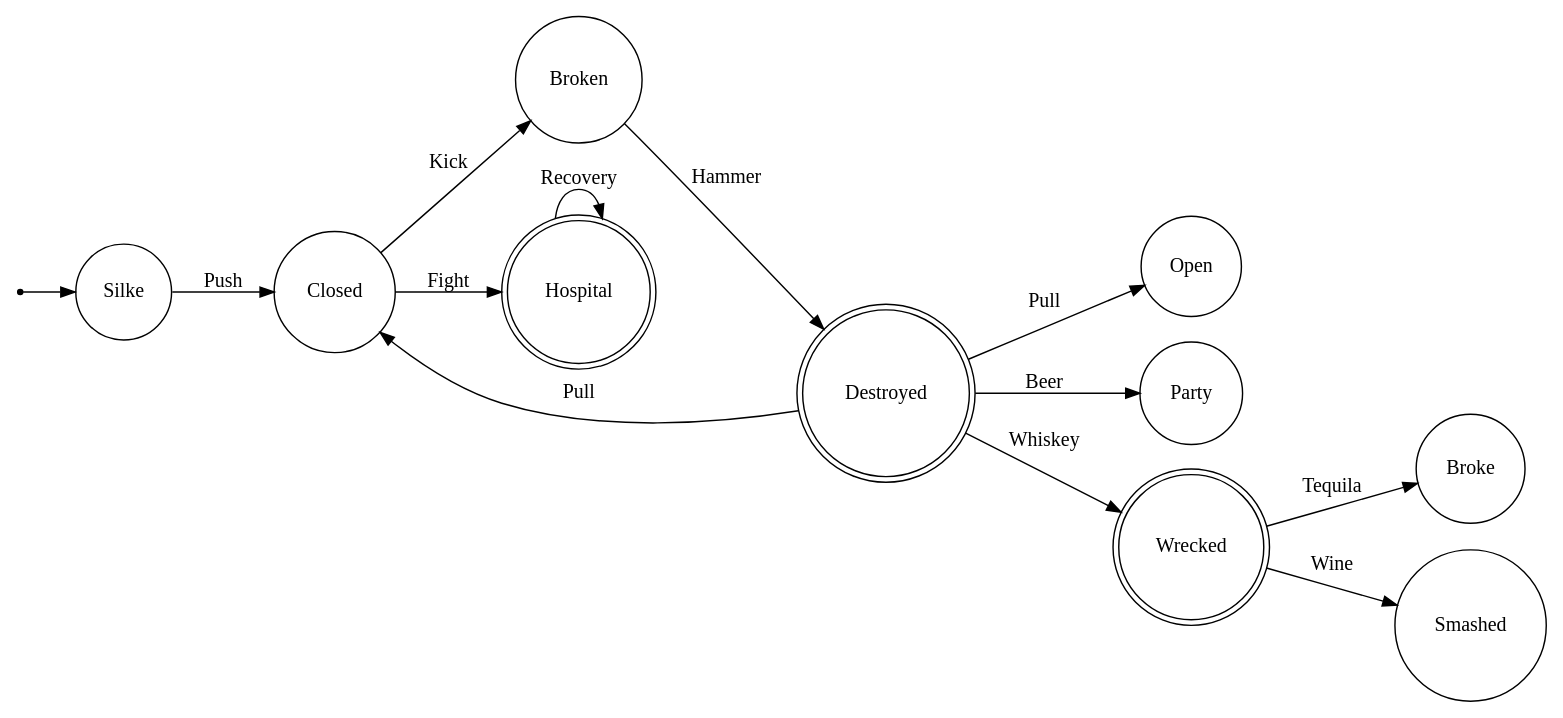
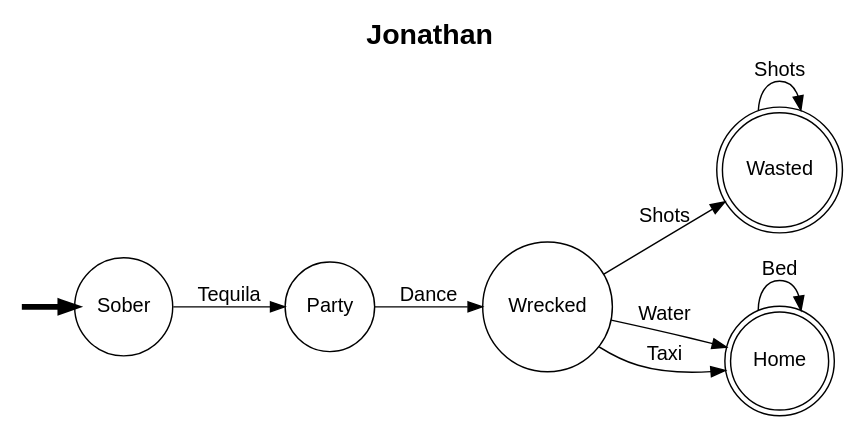
One commit to P4-Group2-Compiler/P4-State-Lang changed the diagram in bin/graph.gv. Above: the diagram before and after it, drawn with Graphviz. The commit also changed 2 other files, not shown here.

Commit message:
Made small adiitions in the Dotsyntax, including setting everything to Arial font.

```diff
--- a/bin/graph.gv
+++ b/bin/graph.gv
@@ -1,1 +1,8 @@
-digraph M { rankdir = LR; node [shape = circle;]; null [shape = point;];Silke -> Closed [label="Push"];Closed -> Broken [label="Kick"];Closed -> Hospital [label="Fight"];Broken -> Destroyed [label="Hammer"];Destroyed -> Open [label="Pull"];Destroyed -> Closed [label="Pull"];Destroyed -> Party [label="Beer"];Destroyed -> Wrecked [label="Whiskey"];Hospital -> Hospital [label="Recovery"];Wrecked -> Broke [label="Tequila"];Wrecked -> Smashed [label="Wine"];null -> Silke;Wrecked [shape = doublecircle;];Hospital [shape = doublecircle;];Destroyed [shape = doublecircle;];}
+digraph Jonathan { labelloc= t;
+   label=<<B>Jonathan</B>>; 
+   rankdir = LR; 
+   fontname="Arial";
+   fontsize=20;
+   node [shape = circle; fontname="Arial"];
+   edge [fontname="Arial";];
+   null [shape = point; style=invis;];Sober -> Party [label="Tequila"];Party -> Wrecked [label="Dance"];Wrecked -> Wasted [label="Shots"];Wrecked -> Home [label="Water"];Wrecked -> Home [label="Taxi"];Home -> Home [label="Bed"];Wasted -> Wasted [label="Shots"];null -> Sober [penwidth=4.0; lhead= Sober;];Wasted [shape = doublecircle;];Home [shape = doublecircle;];}
```
